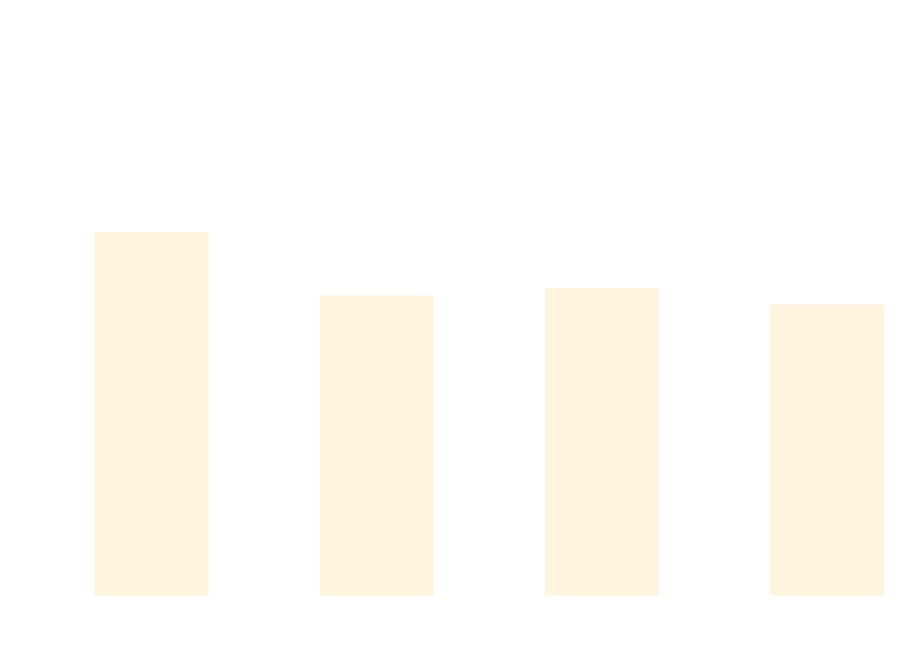
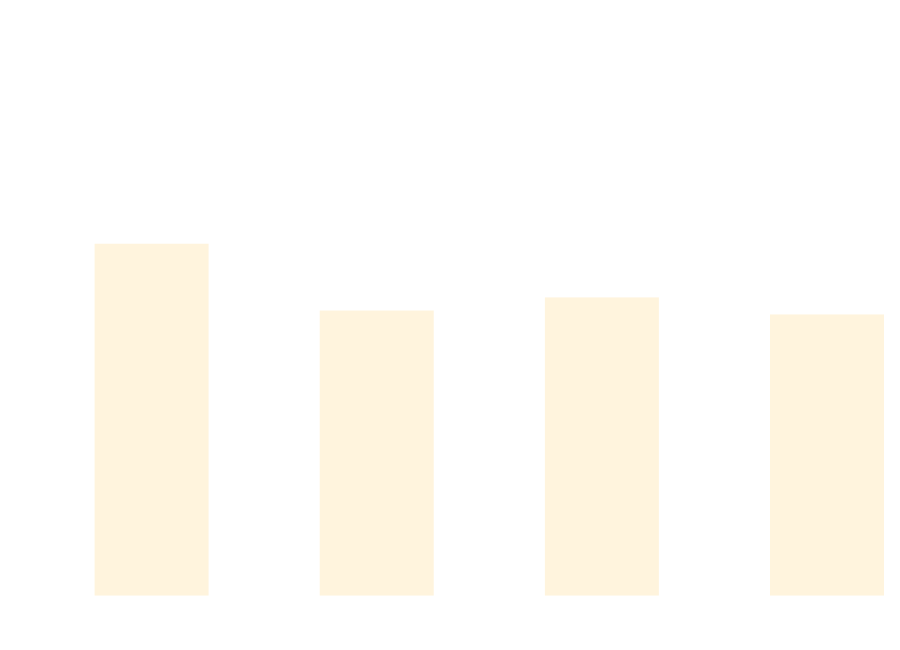
The diagram in docs/docs/benchmarks/BuildTime.md (thomhurst/TUnit), drawn with Mermaid before and after one commit. The commit also changed other lines of this file and 17 other files, not shown here.

````diff
--- a/docs/docs/benchmarks/BuildTime.md
+++ b/docs/docs/benchmarks/BuildTime.md
@@ -28,37 +28,37 @@
 ```mermaid
 %%{init: {
   'theme':'base',
   'themeVariables': {
     'primaryColor': '#2563eb',
     'primaryTextColor': '#ffffff',
     'primaryBorderColor': '#1e40af',
     'lineColor': '#6b7280',
     'secondaryColor': '#7c3aed',
     'tertiaryColor': '#dc2626',
     'background': '#ffffff',
     'mainBkg': '#2563eb',
     'secondBkg': '#7c3aed',
     'tertiaryBkg': '#dc2626',
     'clusterBkg': '#f3f4f6',
     'edgeLabelBackground': '#ffffff',
     'tertiaryTextColor': '#1f2937',
     'pie1': '#2563eb',
     'pie2': '#7c3aed',
     'pie3': '#dc2626',
     'pie4': '#f59e0b',
     'pie5': '#10b981',
     'pie6': '#06b6d4',
     'pie7': '#ec4899',
     'pie8': '#6366f1',
     'pie9': '#84cc16',
     'pie10': '#f97316',
     'pie11': '#14b8a6',
     'pie12': '#a855f7'
   }
 }}%%
 xychart-beta
   title "Build Time Comparison"
   x-axis ["Build_TUnit", "Build_NUnit", "Build_MSTest", "Build_xUnit3"]
   y-axis "Time (s)" 0 --> 3
-  bar [2.075, 1.703, 1.748, 1.651]
+  bar [2.007, 1.615, 1.692, 1.592]
 ```
````
